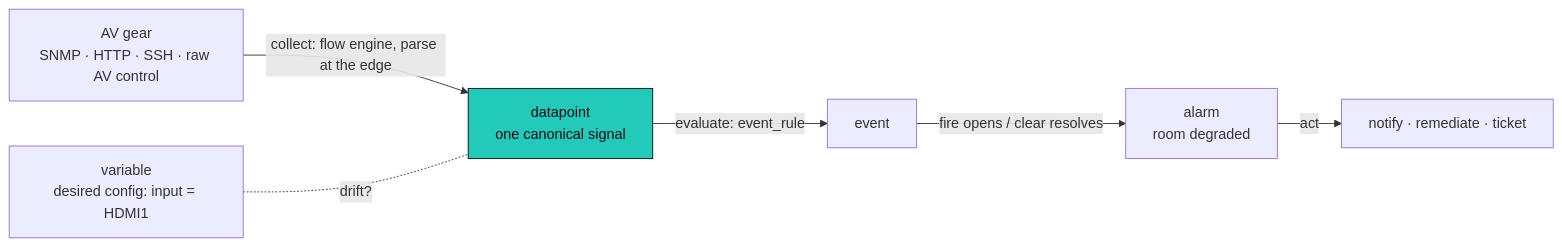
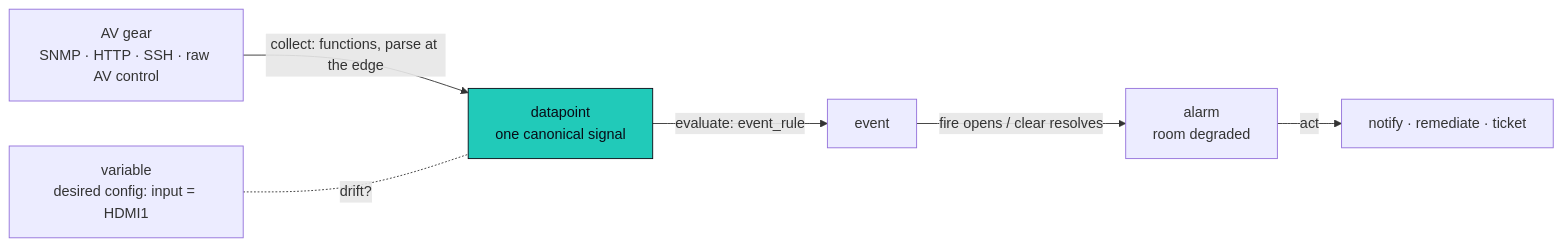
The second of 2 diagrams in docs/src/content/docs/architecture/why.md (hyperscaleav/omniglass), drawn with Mermaid before and after one commit. The commit also changed 9 other files, not shown here.

First line of the commit message:
docs(architecture): lock the function / flow model into the docs

````diff
--- a/docs/src/content/docs/architecture/why.md
+++ b/docs/src/content/docs/architecture/why.md
@@ -115,9 +115,9 @@
 ```mermaid
 flowchart LR
-  G["AV gear<br/>SNMP · HTTP · SSH · raw AV control"] -->|"collect: flow engine, parse at the edge"| DP["datapoint<br/>one canonical signal"]
+  G["AV gear<br/>SNMP · HTTP · SSH · raw AV control"] -->|"collect: functions, parse at the edge"| DP["datapoint<br/>one canonical signal"]
   DP -->|"evaluate: event_rule"| EV["event"] -->|"fire opens / clear resolves"| AL["alarm<br/>room degraded"]
   AL -->|"act"| AC["notify · remediate · ticket"]
   V["variable<br/>desired config: input = HDMI1"] -. "drift?" .- DP
   classDef k fill:#21CAB9,stroke:#080c16,color:#080c16;
   class DP k;
 ```
````
